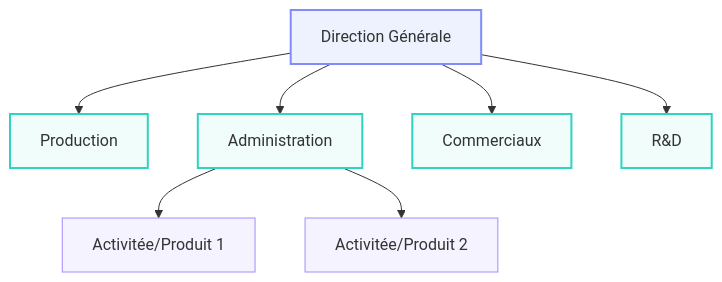
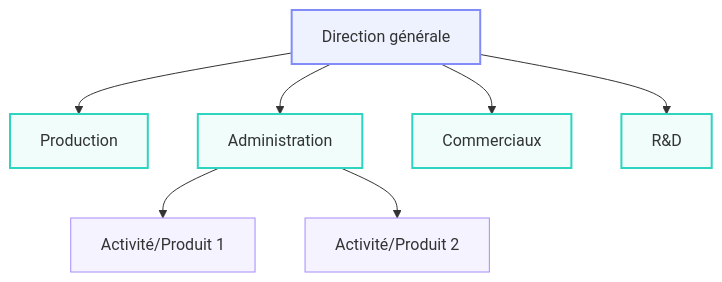
Before and after one commit to fiches-me/cpes2: the first of 2 diagrams in eco/ch1/g1.md, drawn with Mermaid. The commit also changed other lines of this file and 11 other files, not shown here.

````diff
--- a/eco/ch1/g1.md
+++ b/eco/ch1/g1.md
@@ -49,20 +49,20 @@
 ```mermaid
 flowchart TB
-    D["Direction Générale"]
+    D["Direction générale"]
 
     D --> T1["Production"]
     D --> T2["Administration"]
     D --> T3["Commerciaux"]
     D --> T4["R&D"]
 
-    T2 --> P21["Activitée/Produit 1"]
-    T2 --> P22["Activitée/Produit 2"]
+    T2 --> P21["Activité/Produit 1"]
+    T2 --> P22["Activité/Produit 2"]
     
     classDef director fill:#eef2ff,stroke:#818cf8,stroke-width:2px
     classDef team fill:#f0fdfa,stroke:#2dd4bf,stroke-width:2px
     classDef person fill:#f5f3ff,stroke:#a78bfa
 
     class D director
     class T1,T2,T3,T4 team
     class P21,P22 person
 ```
````
